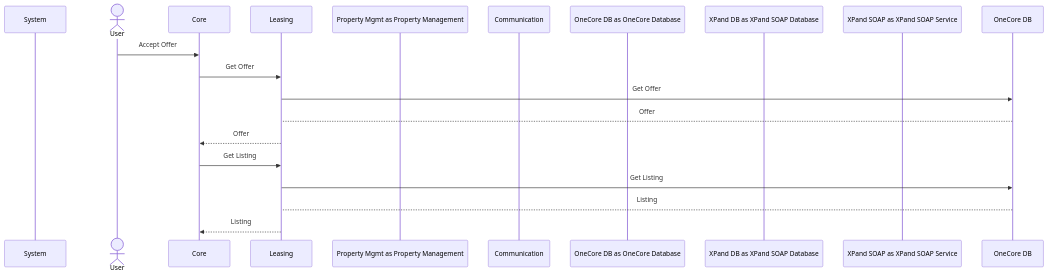
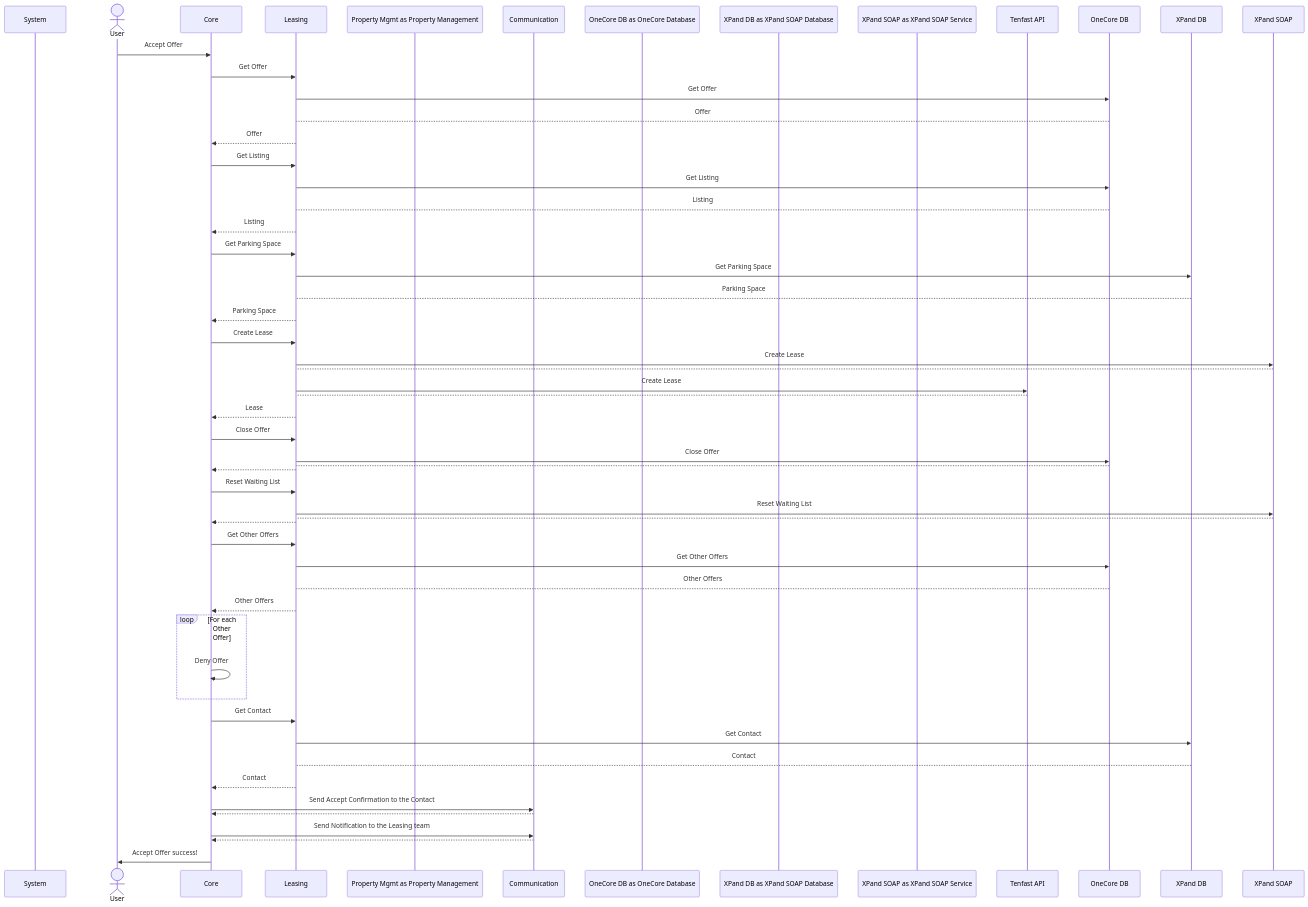
The second of 2 diagrams in core/src/processes/parkingspaces/internal/DOCS_Accept_Offer.md (Bostads-AB-Mimer/onecore), drawn with Mermaid before and after one commit. The commit also changed other lines of this file and 12 other files, not shown here.

First line of the commit message:
Feat: UTH-332 Send Confirmation To Contact On Accepting Internal Parking Space

````diff
--- a/core/src/processes/parkingspaces/internal/DOCS_Accept_Offer.md
+++ b/core/src/processes/parkingspaces/internal/DOCS_Accept_Offer.md
@@ -33,24 +24,70 @@
 ```mermaid
 sequenceDiagram
     participant System as System
     actor User as User
     participant Core as Core
     participant Leasing as Leasing
     participant Property Mgmt as Property Management
     participant Communication as Communication
     participant OneCore DB as OneCore Database
     participant XPand DB as XPand SOAP Database
     participant XPand SOAP as XPand SOAP Service
+    participant Tenfast API
 
     User ->> Core: Accept Offer
     Core ->>Leasing: Get Offer
         Leasing ->>OneCore DB: Get Offer
         OneCore DB --> Leasing: Offer
         Leasing -->> Core: Offer
 
     Core ->>Leasing: Get Listing
         Leasing ->>OneCore DB: Get Listing
         OneCore DB --> Leasing: Listing
         Leasing -->> Core: Listing
 
+    Core ->>Leasing: Get Parking Space
+        Leasing ->>XPand DB: Get Parking Space
+        XPand DB --> Leasing: Parking Space
+        Leasing -->> Core: Parking Space
+
+    Core ->>Leasing: Create Lease
+        Leasing ->>XPand SOAP: Create Lease
+        XPand SOAP --> Leasing:
+        Leasing ->>Tenfast API: Create Lease
+        Tenfast API --> Leasing:
+        Leasing -->> Core: Lease
+
+    Core ->>Leasing: Close Offer
+        Leasing ->>OneCore DB: Close Offer
+        OneCore DB --> Leasing:
+        Leasing -->> Core:
+
+    Core ->>Leasing: Reset Waiting List
+        Leasing ->>XPand SOAP: Reset Waiting List
+        XPand SOAP --> Leasing:
+        Leasing -->> Core:
+
+    Core ->>Leasing: Get Other Offers
+        Leasing ->>OneCore DB: Get Other Offers
+        OneCore DB --> Leasing: Other Offers
+        Leasing -->> Core: Other Offers
+
+    loop For each Other Offer
+        Core ->>Core: Deny Offer
+    end
+
+    Core ->>Leasing: Get Contact
+        Leasing ->>XPand DB: Get Contact
+        XPand DB --> Leasing: Contact
+        Leasing -->> Core: Contact
+
+    Core ->>Communication: Send Accept Confirmation to the Contact
+        Communication -->> Core:
+
+    Core ->>Communication: Send Notification to the Leasing team
+        Communication -->> Core:
+
+
+    Core ->> User: Accept Offer success!
+
 ```
````
